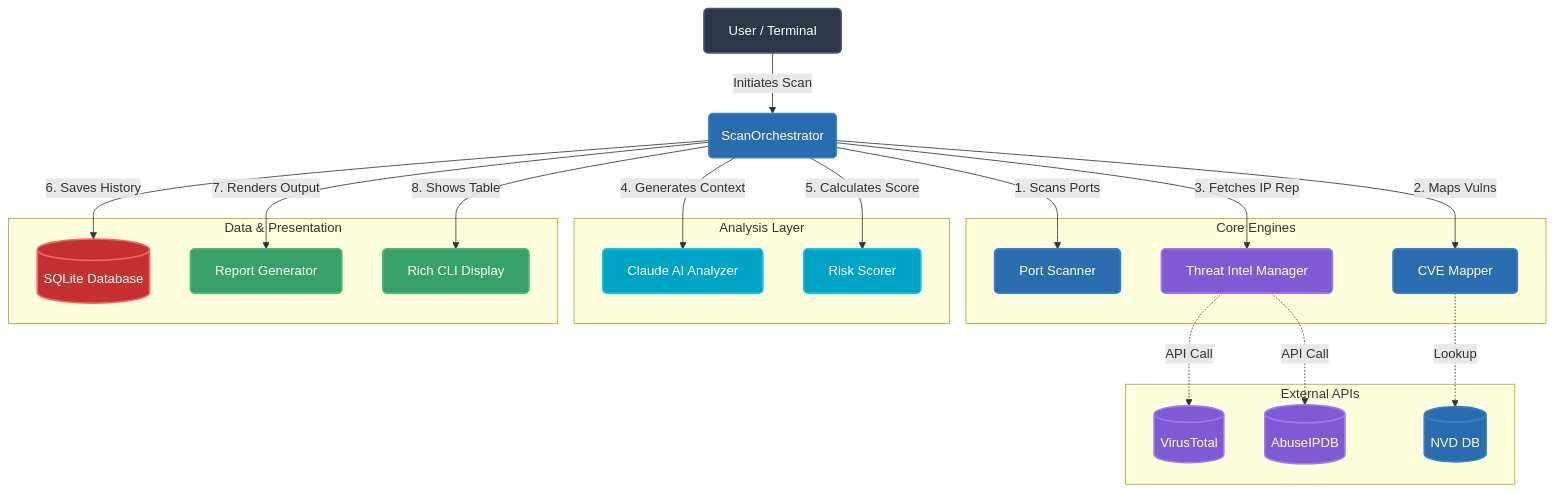
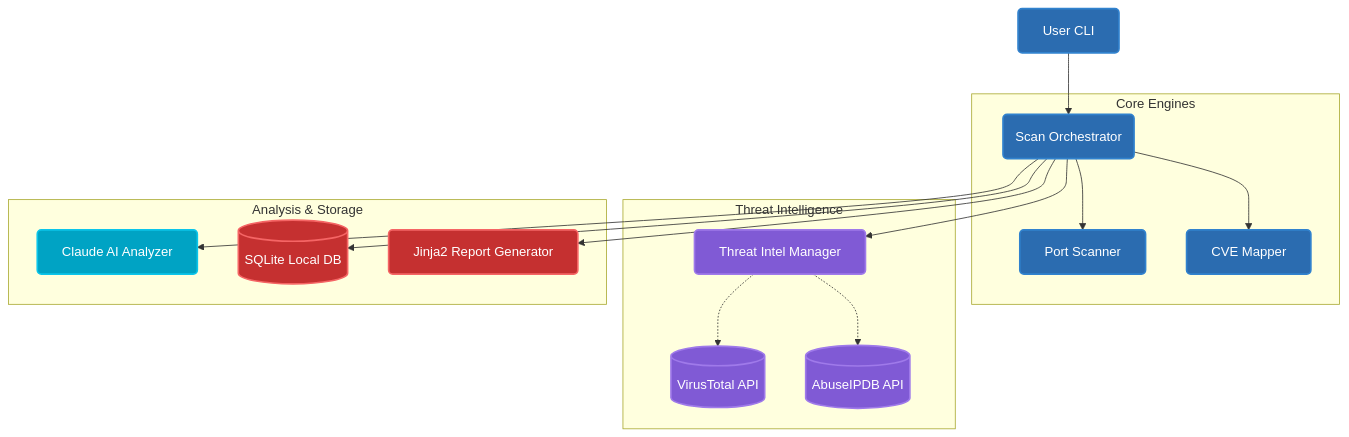
The diagram in README.md (shlok926/SentinelReconAI), drawn with Mermaid before and after one commit. The commit also changed other lines of this file, not shown here.

Commit message:
docs: Refactor README into comprehensive enterprise architecture standard

````diff
--- a/README.md
+++ b/README.md
@@ -101,54 +73,26 @@
 ```mermaid
 graph TD
-    %% Define Styles
-    classDef user fill:#2d3748,stroke:#4a5568,stroke-width:2px,color:#fff,rx:5px
     classDef core fill:#2b6cb0,stroke:#3182ce,stroke-width:2px,color:#fff,rx:5px
     classDef intel fill:#805ad5,stroke:#9f7aea,stroke-width:2px,color:#fff,rx:5px
     classDef ai fill:#00a3c4,stroke:#0bc5ea,stroke-width:2px,color:#fff,rx:5px
     classDef data fill:#c53030,stroke:#f56565,stroke-width:2px,color:#fff,rx:5px
-    classDef report fill:#38a169,stroke:#48bb78,stroke-width:2px,color:#fff,rx:5px
 
-    %% Nodes
-    U[User / Terminal]:::user
-    O(ScanOrchestrator):::core
-
+    U[User CLI]:::core --> O(Scan Orchestrator):::core
+    
     subgraph Core Engines
-        PS[Port Scanner]:::core
-        CM[CVE Mapper]:::core
-        TI[Threat Intel Manager]:::intel
+        O --> PS[Port Scanner]:::core
+        O --> CM[CVE Mapper]:::core
     end
-
-    subgraph External APIs
-        VT[(VirusTotal)]:::intel
-        AB[(AbuseIPDB)]:::intel
-        NVD[(NVD DB)]:::core
+    
+    subgraph Threat Intelligence
+        O --> TI[Threat Intel Manager]:::intel
+        TI -.-> VT[(VirusTotal API)]:::intel
+        TI -.-> AB[(AbuseIPDB API)]:::intel
     end
-
-    subgraph Analysis Layer
-        AI[Claude AI Analyzer]:::ai
-        RS[Risk Scorer]:::ai
+    
+    subgraph Analysis & Storage
+        O --> AI[Claude AI Analyzer]:::ai
+        O --> DB[(SQLite Local DB)]:::data
+        O --> RG[Jinja2 Report Generator]:::data
     end
-
-    subgraph Data & Presentation
-        DB[(SQLite Database)]:::data
-        RG[Report Generator]:::report
-        UI[Rich CLI Display]:::report
-    end
-
-    %% Connections
-    U -->|Initiates Scan| O
-    O -->|1. Scans Ports| PS
-    O -->|2. Maps Vulns| CM
-    O -->|3. Fetches IP Rep| TI
-
-    TI -.->|API Call| VT
-    TI -.->|API Call| AB
-    CM -.->|Lookup| NVD
-
-    O -->|4. Generates Context| AI
-    O -->|5. Calculates Score| RS
-
-    O -->|6. Saves History| DB
-    O -->|7. Renders Output| RG
-    O -->|8. Shows Table| UI
 ```
````
